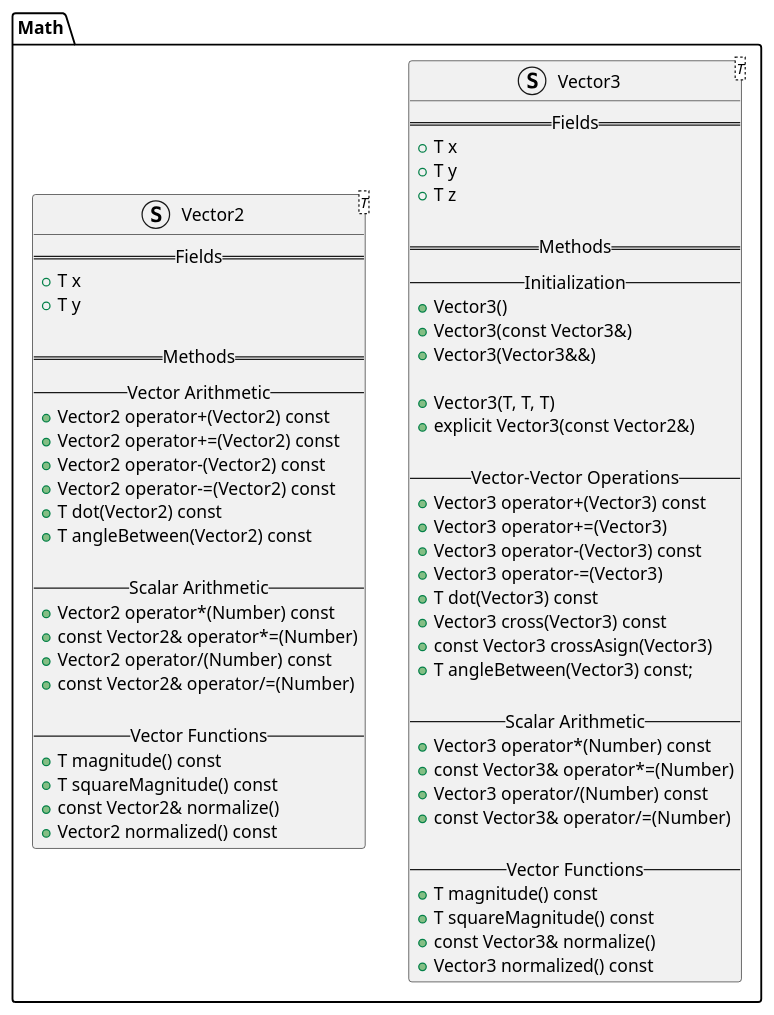
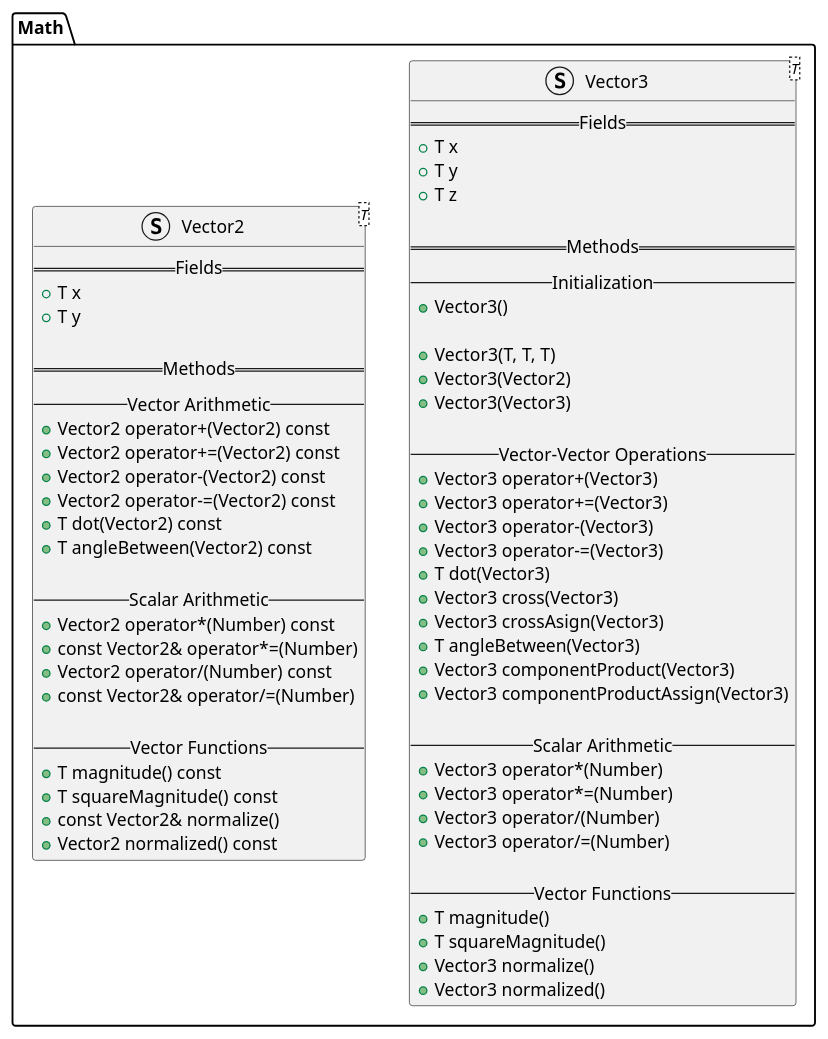
The diagram in diagrams/math/classes.puml (Antonioescp/rupe), drawn with PlantUML before and after one commit. The commit also changed 4 other files, not shown here.

Commit message:
Added dot product tests

```diff
--- a/diagrams/math/classes.puml
+++ b/diagrams/math/classes.puml
@@ -1,70 +1,71 @@
 @startuml "math classes"
 
 set namespaceSeparator ::
 
 struct Math::Vector3<T> {
     ==Fields==
     +T x
     +T y
     +T z
 
     == Methods ==
     --Initialization--
     +Vector3()
-    +Vector3(const Vector3&)
-    +Vector3(Vector3&&)
-    
+
     +Vector3(T, T, T)
-    +explicit Vector3(const Vector2&)
+    +Vector3(Vector2)
+    +Vector3(Vector3)
 
     --Vector-Vector Operations--
-    +Vector3 operator+(Vector3) const
+    +Vector3 operator+(Vector3)
     +Vector3 operator+=(Vector3)
-    +Vector3 operator-(Vector3) const
+    +Vector3 operator-(Vector3)
     +Vector3 operator-=(Vector3)
-    +T dot(Vector3) const
-    +Vector3 cross(Vector3) const
-    +const Vector3 crossAsign(Vector3)
-    +T angleBetween(Vector3) const;
+    +T dot(Vector3)
+    +Vector3 cross(Vector3)
+    +Vector3 crossAsign(Vector3)
+    +T angleBetween(Vector3)
+    +Vector3 componentProduct(Vector3)
+    +Vector3 componentProductAssign(Vector3)
 
     --Scalar Arithmetic--
-    +Vector3 operator*(Number) const
-    +const Vector3& operator*=(Number)
-    +Vector3 operator/(Number) const
-    +const Vector3& operator/=(Number)
+    +Vector3 operator*(Number)
+    +Vector3 operator*=(Number)
+    +Vector3 operator/(Number)
+    +Vector3 operator/=(Number)
 
     --Vector Functions--
-    +T magnitude() const
-    +T squareMagnitude() const
-    +const Vector3& normalize()
-    +Vector3 normalized() const
+    +T magnitude()
+    +T squareMagnitude()
+    +Vector3 normalize()
+    +Vector3 normalized()
 }
 
 struct Math::Vector2<T> {
     ==Fields==
     +T x
     +T y
 
     == Methods ==
     --Vector Arithmetic--
     +Vector2 operator+(Vector2) const
     +Vector2 operator+=(Vector2) const
     +Vector2 operator-(Vector2) const
     +Vector2 operator-=(Vector2) const
     +T dot(Vector2) const
     +T angleBetween(Vector2) const
 
     --Scalar Arithmetic--
     +Vector2 operator*(Number) const
     +const Vector2& operator*=(Number)
     +Vector2 operator/(Number) const
     +const Vector2& operator/=(Number)
 
     --Vector Functions--
     +T magnitude() const
     +T squareMagnitude() const
     +const Vector2& normalize()
     +Vector2 normalized() const
 }
 
 @enduml
```
